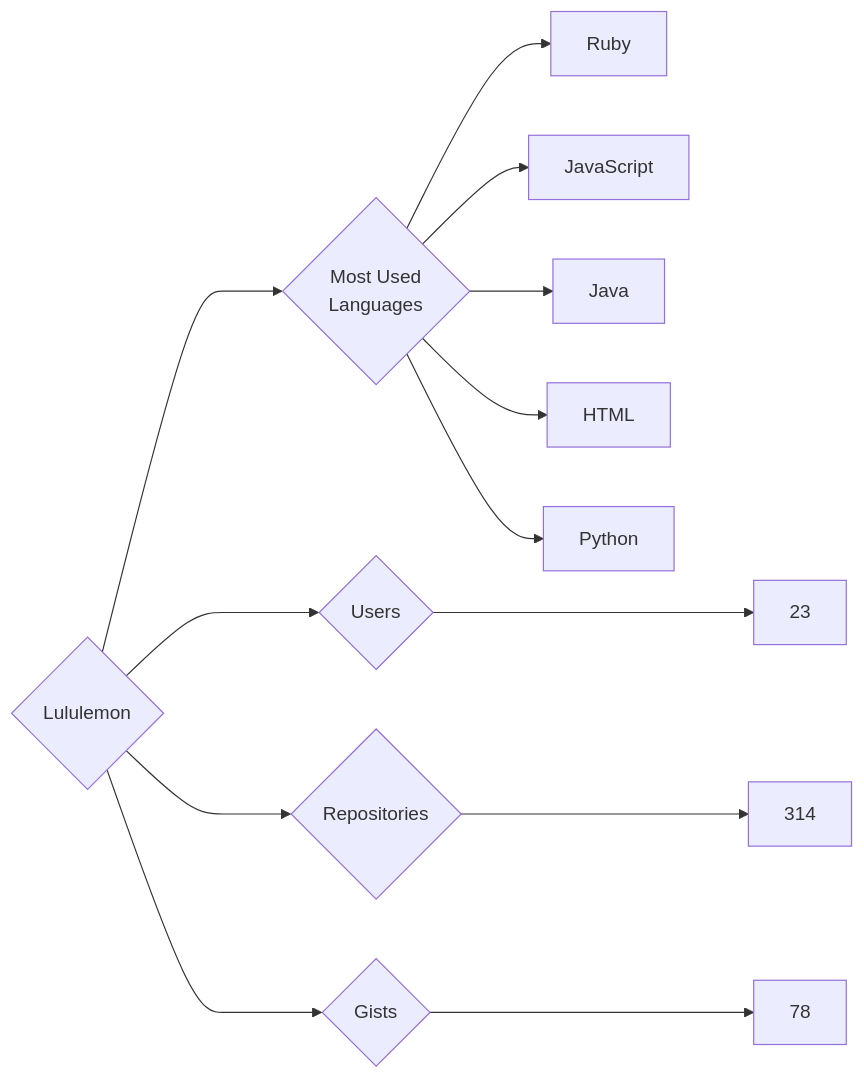
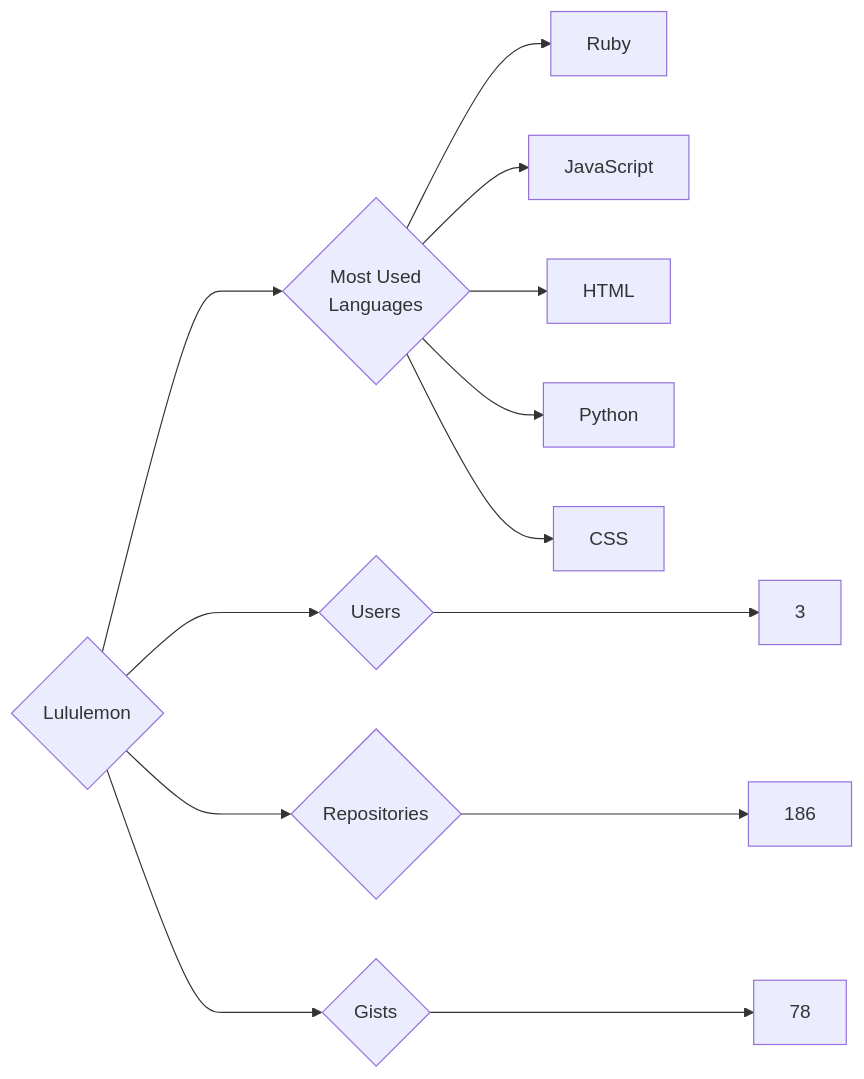
One commit to trickest/insiders changed the diagram in targets/Lululemon/README.md. Above: the diagram before and after it, drawn with Mermaid. The commit also changed 900 other files, not shown here.

````diff
--- a/targets/Lululemon/README.md
+++ b/targets/Lululemon/README.md
@@ -3,13 +3,13 @@
 ```mermaid
 graph LR
 COMPANY_NAME{Lululemon}
-COMPANY_NAME ---> U{Users} ---> UN[23]
-COMPANY_NAME ---> R{Repositories} ---> RN[314]
+COMPANY_NAME ---> U{Users} ---> UN[3]
+COMPANY_NAME ---> R{Repositories} ---> RN[186]
 COMPANY_NAME ---> G{Gists} ---> GN[78]
 COMPANY_NAME ---> ML{Most Used<br>Languages}
 ML --> Ruby[Ruby]
 ML --> JavaScript[JavaScript]
-ML --> Java[Java]
 ML --> HTML[HTML]
 ML --> Python[Python]
+ML --> CSS[CSS]
 ```
````
